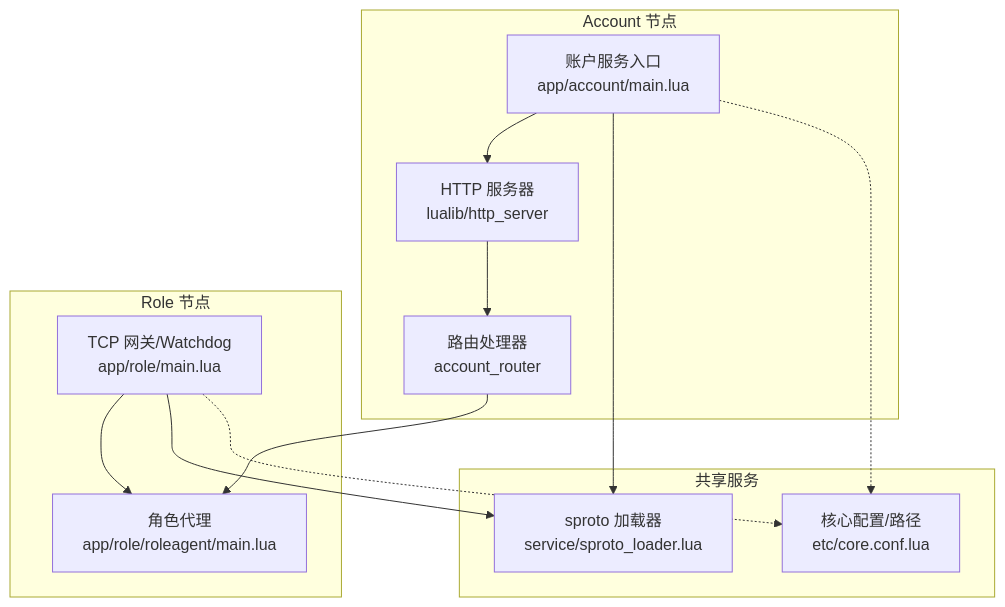
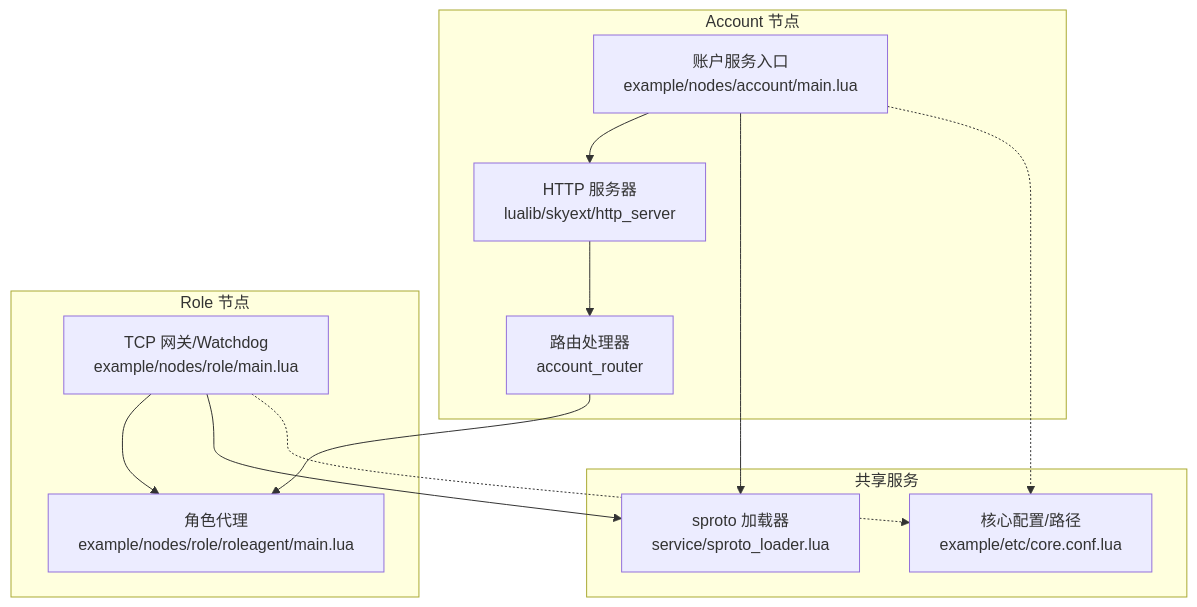
The first of 8 diagrams in docs/repowiki/zh/content/架构设计/数据流与通信机制.md (hanxi/skyext), drawn with Mermaid before and after one commit. The commit also changed other lines of this file and 117 other files, not shown here.

````diff
--- a/docs/repowiki/zh/content/架构设计/数据流与通信机制.md
+++ b/docs/repowiki/zh/content/架构设计/数据流与通信机制.md
@@ -49,24 +49,24 @@
 ```mermaid
 graph TB
 subgraph "Account 节点"
-A_HTTP["HTTP 服务器<br/>lualib/http_server"]
+A_HTTP["HTTP 服务器<br/>lualib/skyext/http_server"]
 A_ROUTER["路由处理器<br/>account_router"]
-A_MAIN["账户服务入口<br/>app/account/main.lua"]
+A_MAIN["账户服务入口<br/>example/nodes/account/main.lua"]
 end
 subgraph "Role 节点"
-R_GATE["TCP 网关/Watchdog<br/>app/role/main.lua"]
-R_AGENT["角色代理<br/>app/role/roleagent/main.lua"]
+R_GATE["TCP 网关/Watchdog<br/>example/nodes/role/main.lua"]
+R_AGENT["角色代理<br/>example/nodes/role/roleagent/main.lua"]
 end
 subgraph "共享服务"
 S_PROTO["sproto 加载器<br/>service/sproto_loader.lua"]
-S_CORE["核心配置/路径<br/>etc/core.conf.lua"]
+S_CORE["核心配置/路径<br/>example/etc/core.conf.lua"]
 end
 A_MAIN --> A_HTTP
 A_HTTP --> A_ROUTER
 A_ROUTER --> R_AGENT
 R_GATE --> R_AGENT
 A_MAIN --> S_PROTO
 R_GATE --> S_PROTO
 A_MAIN -.-> S_CORE
 R_GATE -.-> S_CORE
 ```
````
